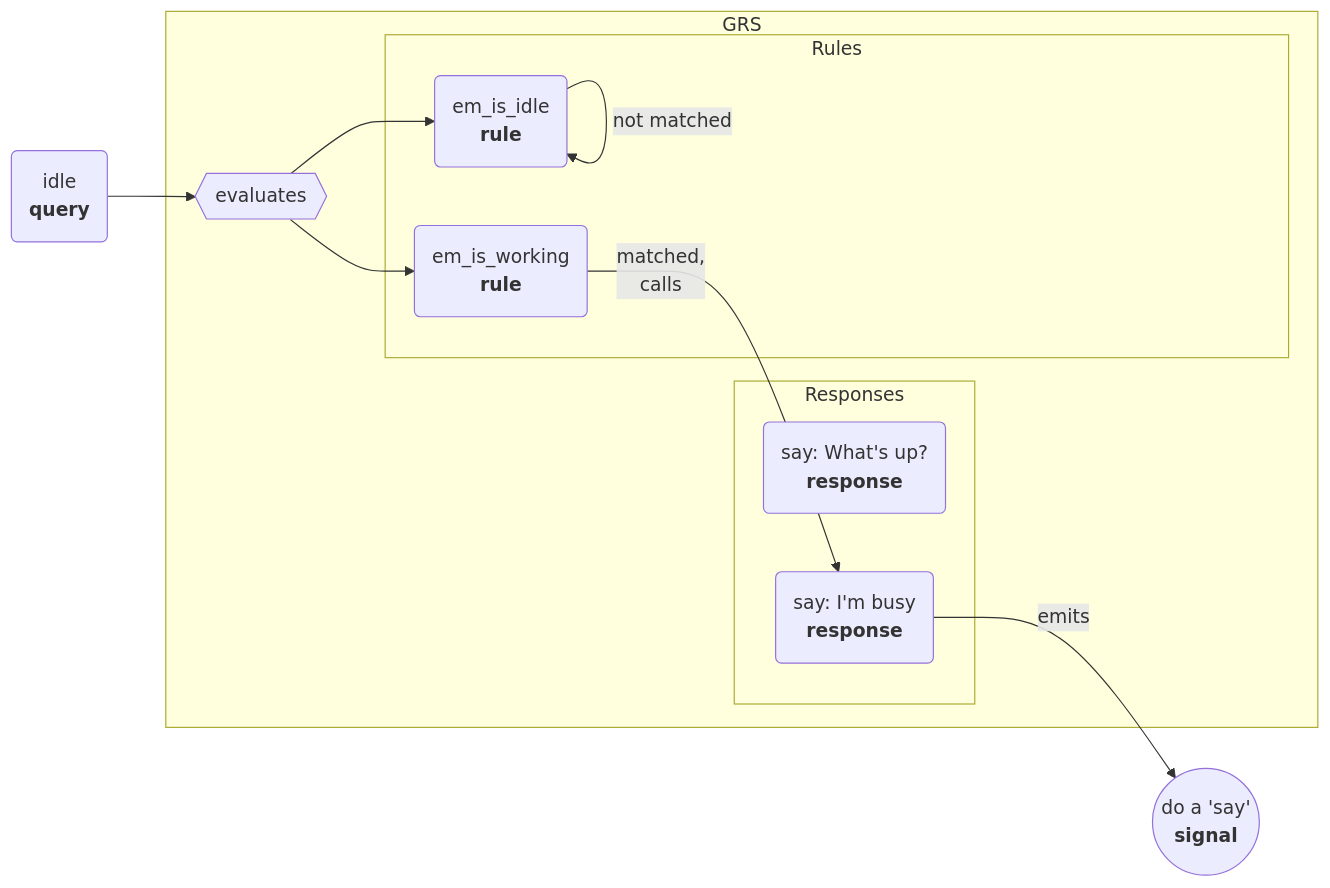
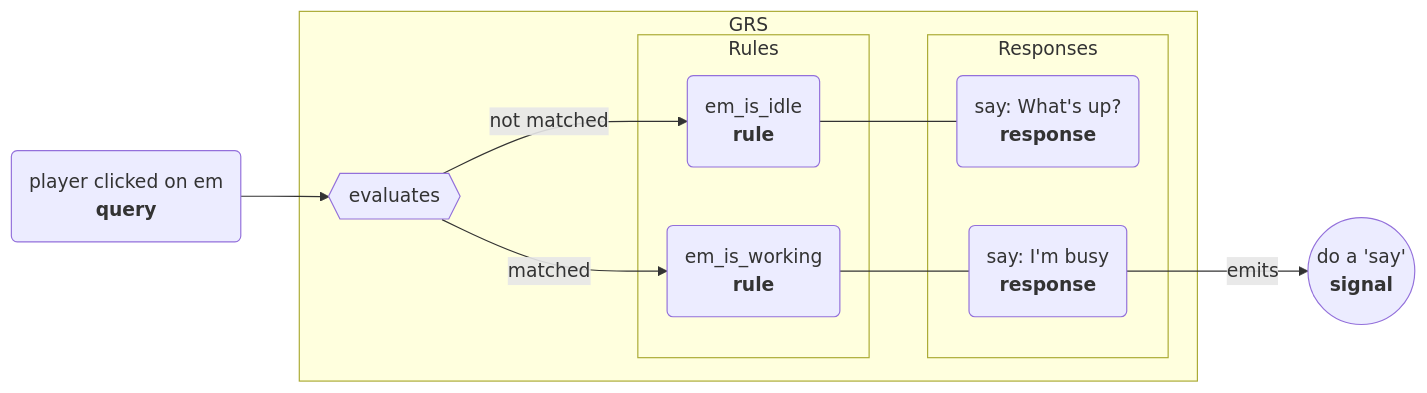
Before and after one commit to DanielOaks/GodotResponseSystem: the second of 2 diagrams in README.md, drawn with Mermaid. The commit also changed other lines of this file, not shown here.

Commit message:
Change up response system

````diff
--- a/README.md
+++ b/README.md
@@ -50,24 +56,24 @@
 ```mermaid
 flowchart LR
 	subgraph GRS
 		Evaluates{{evaluates}}
 		subgraph Rules
 			Rule1(em_is_idle<br><b>rule</b>)
 			Rule2(em_is_working<br><b>rule</b>)
 		end
 
 		subgraph Responses
 			Response1(say: What's up?<br><b>response</b>)
 			Response2(say: I'm busy<br><b>response</b>)
 		end
 	end
 
-	Query(idle<br><b>query</b>) --> Evaluates
-	Evaluates --> Rule1
-	Evaluates --> Rule2
+	Query(player clicked on em<br><b>query</b>) --> Evaluates
+	Evaluates -->|not matched| Rule1
+	Evaluates -->|matched| Rule2
 
-	Rule1 -->|not matched| Rule1
-	Rule2 -->|matched,<br>calls| Response2
+	Rule1 --- Response1
+	Rule2 --- Response2
 
 	Response2 -->|emits| Signal((do a 'say'<br><b>signal</b>))
 ```
````
